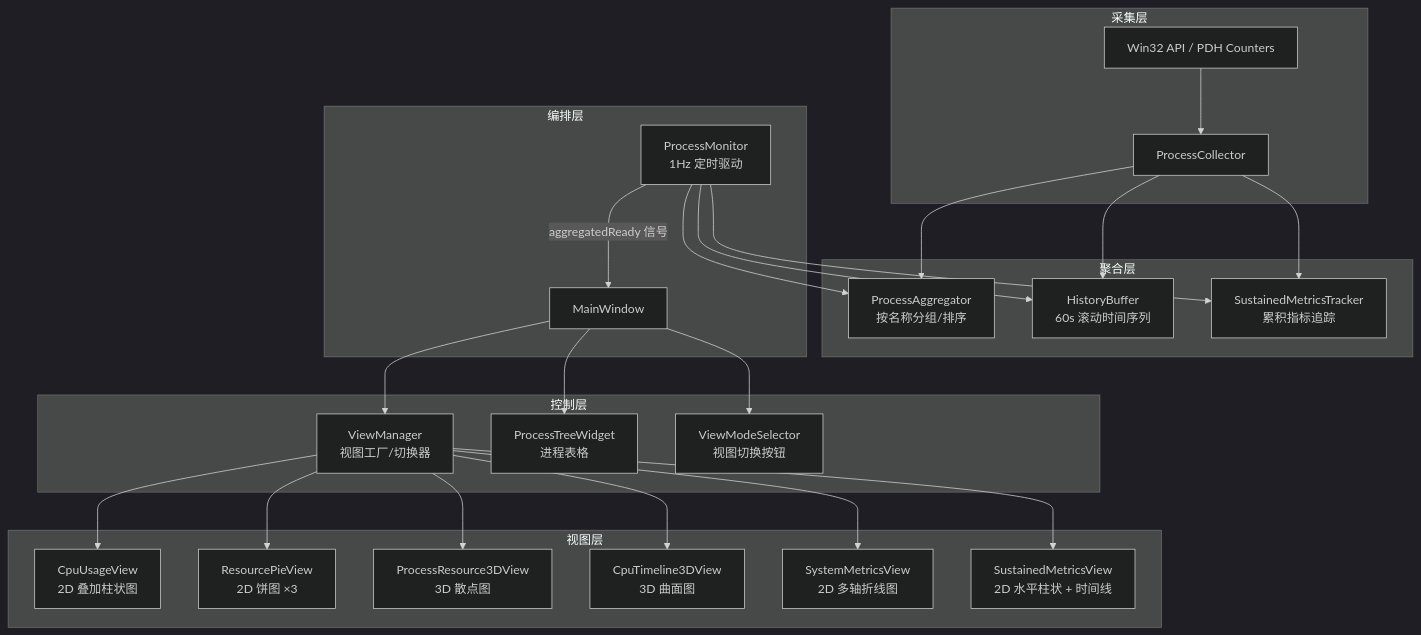
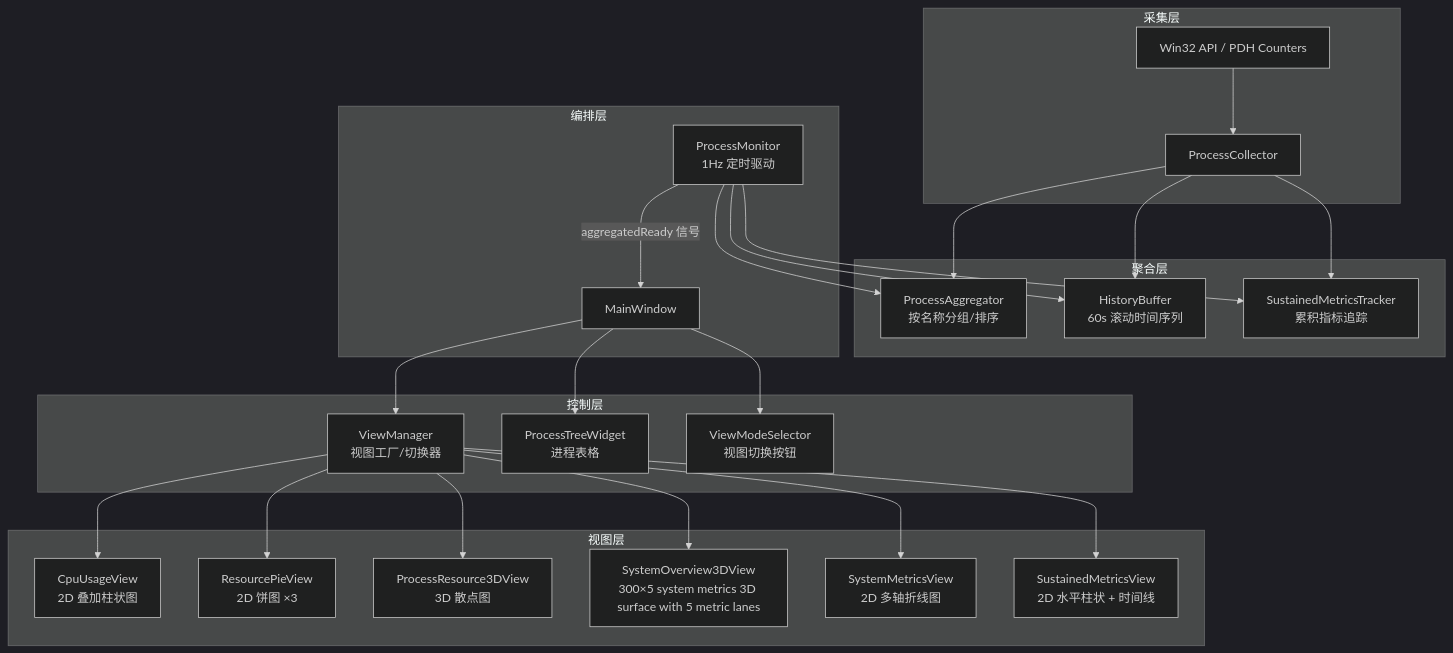
Before and after one commit to czyt1988/QIm: the diagram in examples/system-monitor/README.md, drawn with Mermaid (dark theme). The commit also changed other lines of this file and 3 other files, not shown here.

Commit message:
docs(system-monitor): update README for SystemOverview3D, fix CMakeLists and reverted renames

````diff
--- a/examples/system-monitor/README.md
+++ b/examples/system-monitor/README.md
@@ -25,34 +25,34 @@
 ```mermaid
 flowchart TD
     subgraph 采集层
         API[Win32 API / PDH Counters] --> PC[ProcessCollector]
     end
     
     subgraph 聚合层
         PC --> PA[ProcessAggregator<br/>按名称分组/排序]
         PC --> HB[HistoryBuffer<br/>60s 滚动时间序列]
         PC --> SMT[SustainedMetricsTracker<br/>累积指标追踪]
     end
     
     subgraph 编排层
         PM[ProcessMonitor<br/>1Hz 定时驱动] --> PA
         PM --> HB
         PM --> SMT
         PM -- aggregatedReady 信号 --> MW[MainWindow]
     end
     
     subgraph 控制层
         MW --> VM[ViewManager<br/>视图工厂/切换器]
         MW --> PTW[ProcessTreeWidget<br/>进程表格]
         MW --> VMS[ViewModeSelector<br/>视图切换按钮]
     end
     
     subgraph 视图层
         VM --> V1[CpuUsageView<br/>2D 叠加柱状图]
         VM --> V2[ResourcePieView<br/>2D 饼图 ×3]
         VM --> V3[ProcessResource3DView<br/>3D 散点图]
-        VM --> V4[CpuTimeline3DView<br/>3D 曲面图]
+        VM --> V4[SystemOverview3DView<br/>300×5 system metrics 3D surface with 5 metric lanes]
         VM --> V5[SystemMetricsView<br/>2D 多轴折线图]
         VM --> V6[SustainedMetricsView<br/>2D 水平柱状 + 时间线]
     end
 ```
````
